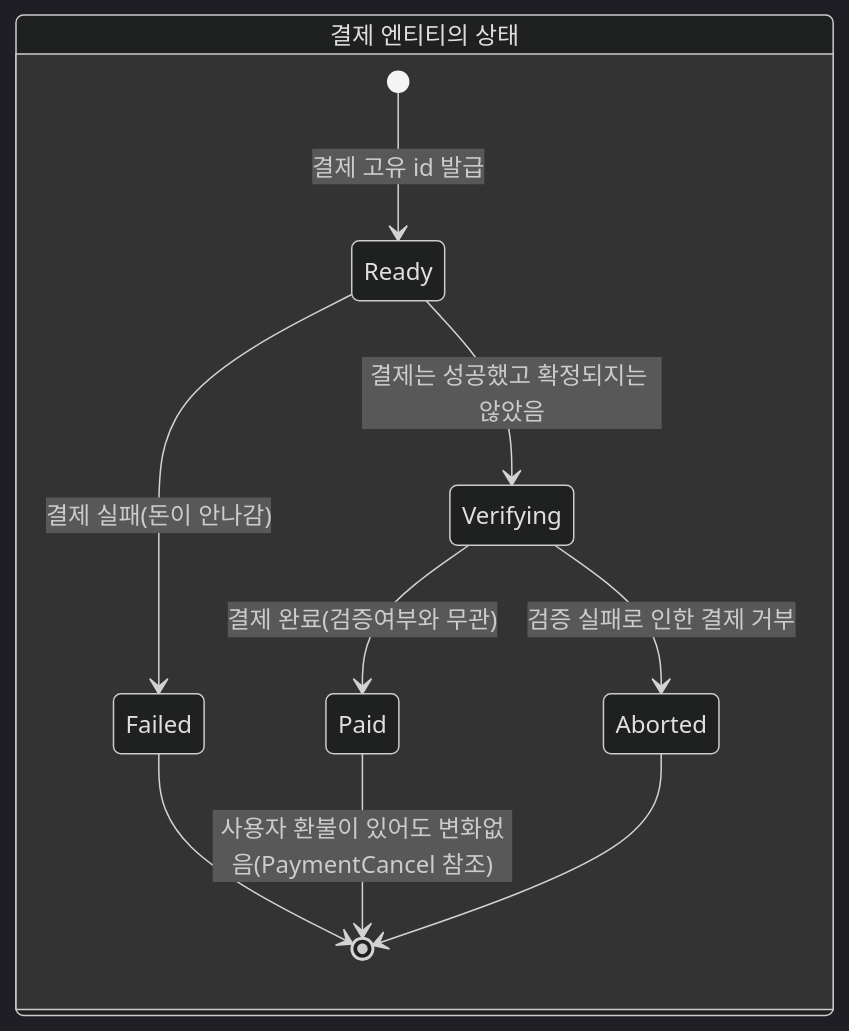
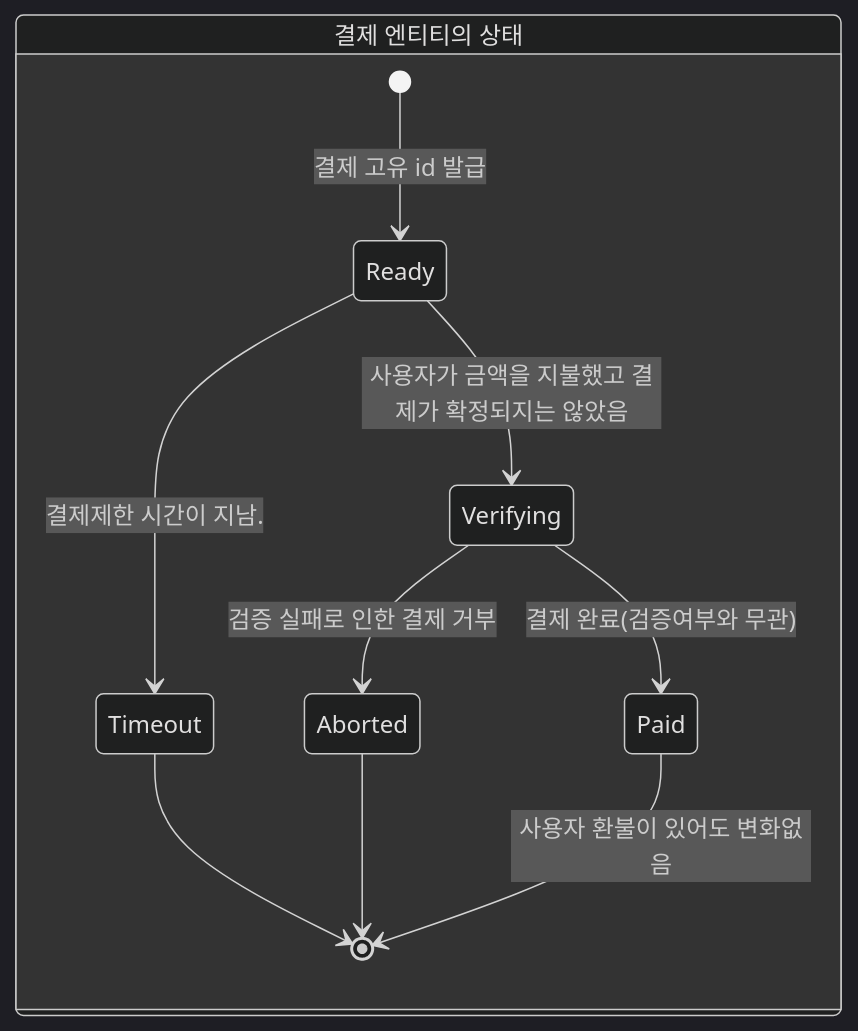
Before and after one commit to js990311/reservation-movie: the second of 13 diagrams in README.md, drawn with Mermaid (dark theme). The commit also changed other lines of this file and 11 other files, not shown here.

````diff
--- a/README.md
+++ b/README.md
@@ -19,13 +19,13 @@
 ```mermaid
 stateDiagram-v2
     state "결제 엔티티의 상태" as Payment{
         [*] --> Ready : 결제 고유 id 발급
-        Ready --> Failed : 결제 실패(돈이 안나감)
-        Ready-->Verifying: 결제는 성공했고 확정되지는 않았음
+        Ready --> Timeout: 결제제한 시간이 지남.
+        Ready-->Verifying: 사용자가 금액을 지불했고 결제가 확정되지는 않았음
         Verifying --> Paid : 결제 완료(검증여부와 무관)
         Verifying --> Aborted : 검증 실패로 인한 결제 거부
+        Timeout --> [*]
         Aborted --> [*]
-        Failed --> [*]
-        Paid --> [*] : 사용자 환불이 있어도 변화없음(PaymentCancel 참조)
+        Paid --> [*] : 사용자 환불이 있어도 변화없음
     }
 ```
````
